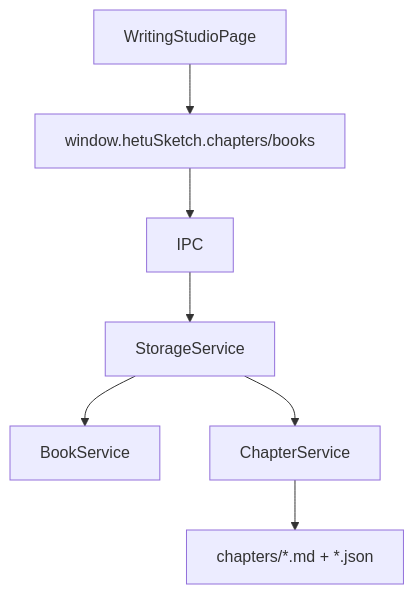
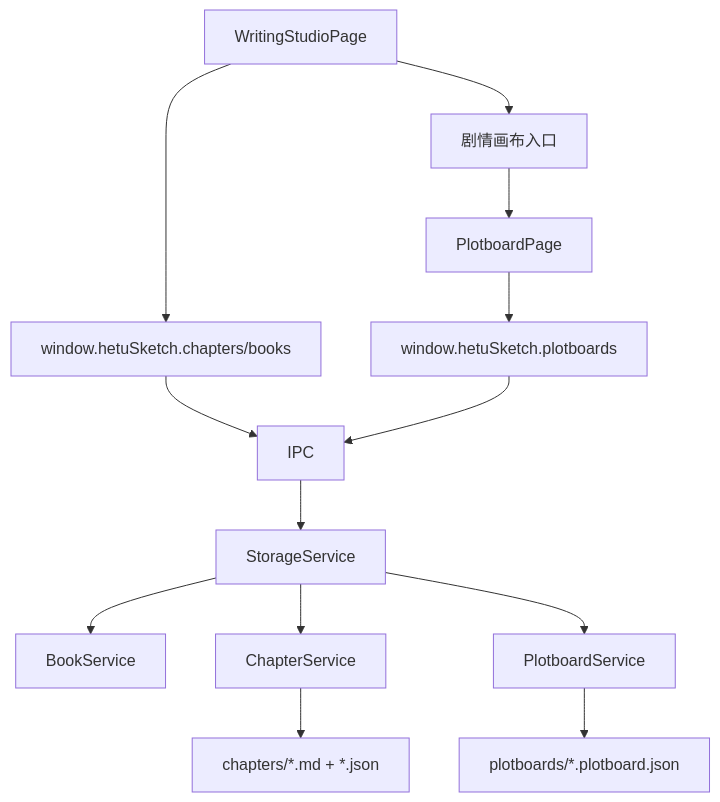
One commit to superwyq/HetuSketch changed the diagram in docs/40-modules/writing-studio/README.md. Above: the diagram before and after it, drawn with Mermaid. The commit also changed other lines of this file and 57 other files, not shown here.

````diff
--- a/docs/40-modules/writing-studio/README.md
+++ b/docs/40-modules/writing-studio/README.md
@@ -23,9 +25,15 @@
 ```mermaid
 flowchart TD
   Page[WritingStudioPage] --> API[window.hetuSketch.chapters/books]
+  Page --> PlotEntry[剧情画布入口]
+  PlotEntry --> PlotboardPage[PlotboardPage]
+  PlotboardPage --> PlotAPI[window.hetuSketch.plotboards]
   API --> Main[IPC]
+  PlotAPI --> Main
   Main --> Storage[StorageService]
   Storage --> Book[BookService]
   Storage --> Chapter[ChapterService]
+  Storage --> Plotboard[PlotboardService]
   Chapter --> Files[chapters/*.md + *.json]
+  Plotboard --> BoardFiles[plotboards/*.plotboard.json]
 ```
````
